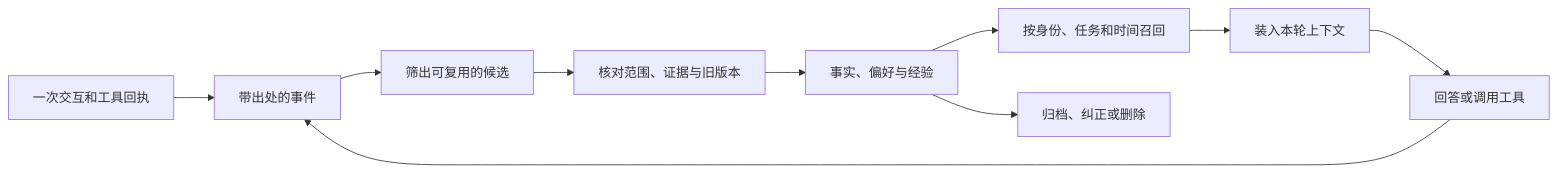
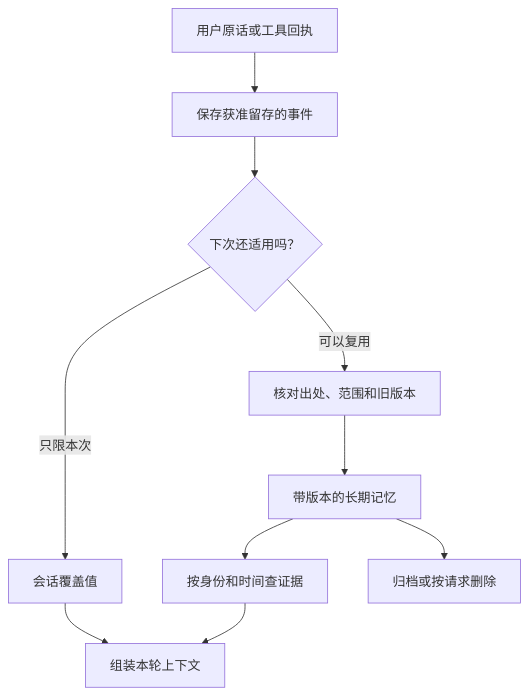
One commit to echonoshy/agent-engineering-handbook changed the diagram in 05-memory-and-llm-wiki/01-agent-memory-architecture.md. Above: the diagram before and after it, drawn with Mermaid. The commit also changed other lines of this file and 21 other files, not shown here.

````diff
--- a/05-memory-and-llm-wiki/01-agent-memory-architecture.md
+++ b/05-memory-and-llm-wiki/01-agent-memory-architecture.md
@@ -9,12 +5,12 @@
 ```mermaid
-flowchart LR
-    MSG["一次交互和工具回执"] --> E["带出处的事件"]
-    E --> X["筛出可复用的候选"]
-    X --> V["核对范围、证据与旧版本"]
-    V --> M["事实、偏好与经验"]
-    M --> R["按身份、任务和时间召回"]
-    R --> C["装入本轮上下文"]
-    C --> A["回答或调用工具"]
-    A --> E
-    M --> G["归档、纠正或删除"]
+flowchart TD
+    U["用户原话或工具回执"] --> E["保存获准留存的事件"]
+    E --> D{"下次还适用吗？"}
+    D -->|只限本次| S["会话覆盖值"]
+    D -->|可以复用| F["核对出处、范围和旧版本"]
+    F --> M["带版本的长期记忆"]
+    M --> R["按身份和时间查证据"]
+    S --> C["组装本轮上下文"]
+    R --> C
+    M --> G["归档或按请求删除"]
 ```
````
